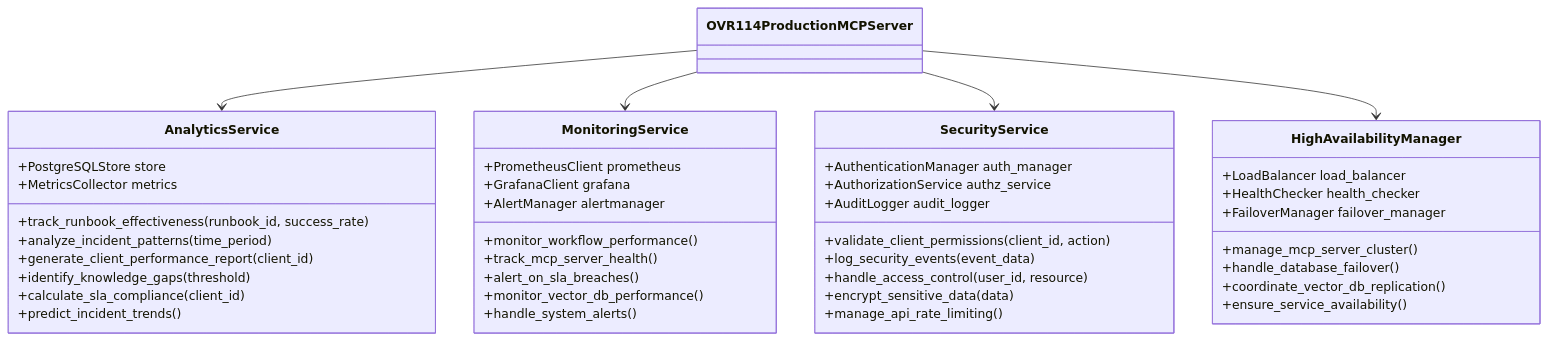
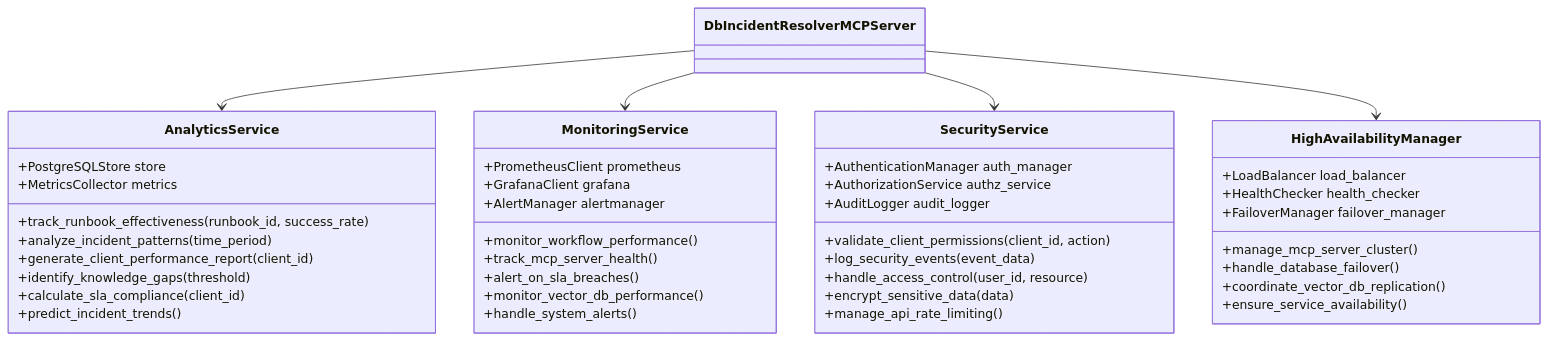
Before and after one commit to bprzybys-nc/db_use_case_144: the eighth of 9 diagrams in diagrams.md, drawn with Mermaid. The commit also changed other lines of this file and 1 other file, not shown here.

````diff
--- a/diagrams.md
+++ b/diagrams.md
@@ -304,50 +293,50 @@
 ```mermaid
 classDiagram
     class AnalyticsService {
         +PostgreSQLStore store
         +MetricsCollector metrics
         +track_runbook_effectiveness(runbook_id, success_rate)
         +analyze_incident_patterns(time_period)
         +generate_client_performance_report(client_id)
         +identify_knowledge_gaps(threshold)
         +calculate_sla_compliance(client_id)
         +predict_incident_trends()
     }
 
     class MonitoringService {
         +PrometheusClient prometheus
         +GrafanaClient grafana
         +AlertManager alertmanager
         +monitor_workflow_performance()
         +track_mcp_server_health()
         +alert_on_sla_breaches()
         +monitor_vector_db_performance()
         +handle_system_alerts()
     }
 
     class SecurityService {
         +AuthenticationManager auth_manager
         +AuthorizationService authz_service
         +AuditLogger audit_logger
         +validate_client_permissions(client_id, action)
         +log_security_events(event_data)
         +handle_access_control(user_id, resource)
         +encrypt_sensitive_data(data)
         +manage_api_rate_limiting()
     }
 
     class HighAvailabilityManager {
         +LoadBalancer load_balancer
         +HealthChecker health_checker
         +FailoverManager failover_manager
         +manage_mcp_server_cluster()
         +handle_database_failover()
         +coordinate_vector_db_replication()
         +ensure_service_availability()
     }
 
-    OVR114ProductionMCPServer --> AnalyticsService
-    OVR114ProductionMCPServer --> MonitoringService
-    OVR114ProductionMCPServer --> SecurityService
-    OVR114ProductionMCPServer --> HighAvailabilityManager
+    DbIncidentResolverMCPServer --> AnalyticsService
+    DbIncidentResolverMCPServer --> MonitoringService
+    DbIncidentResolverMCPServer --> SecurityService
+    DbIncidentResolverMCPServer --> HighAvailabilityManager
 ```
````
